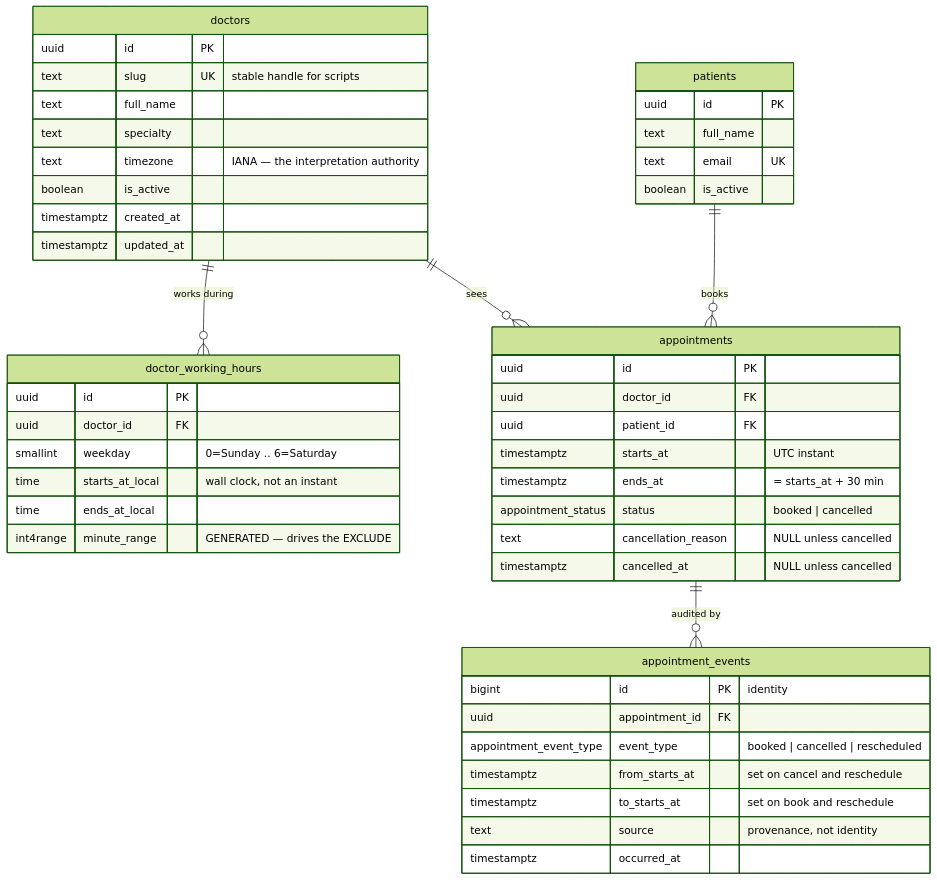
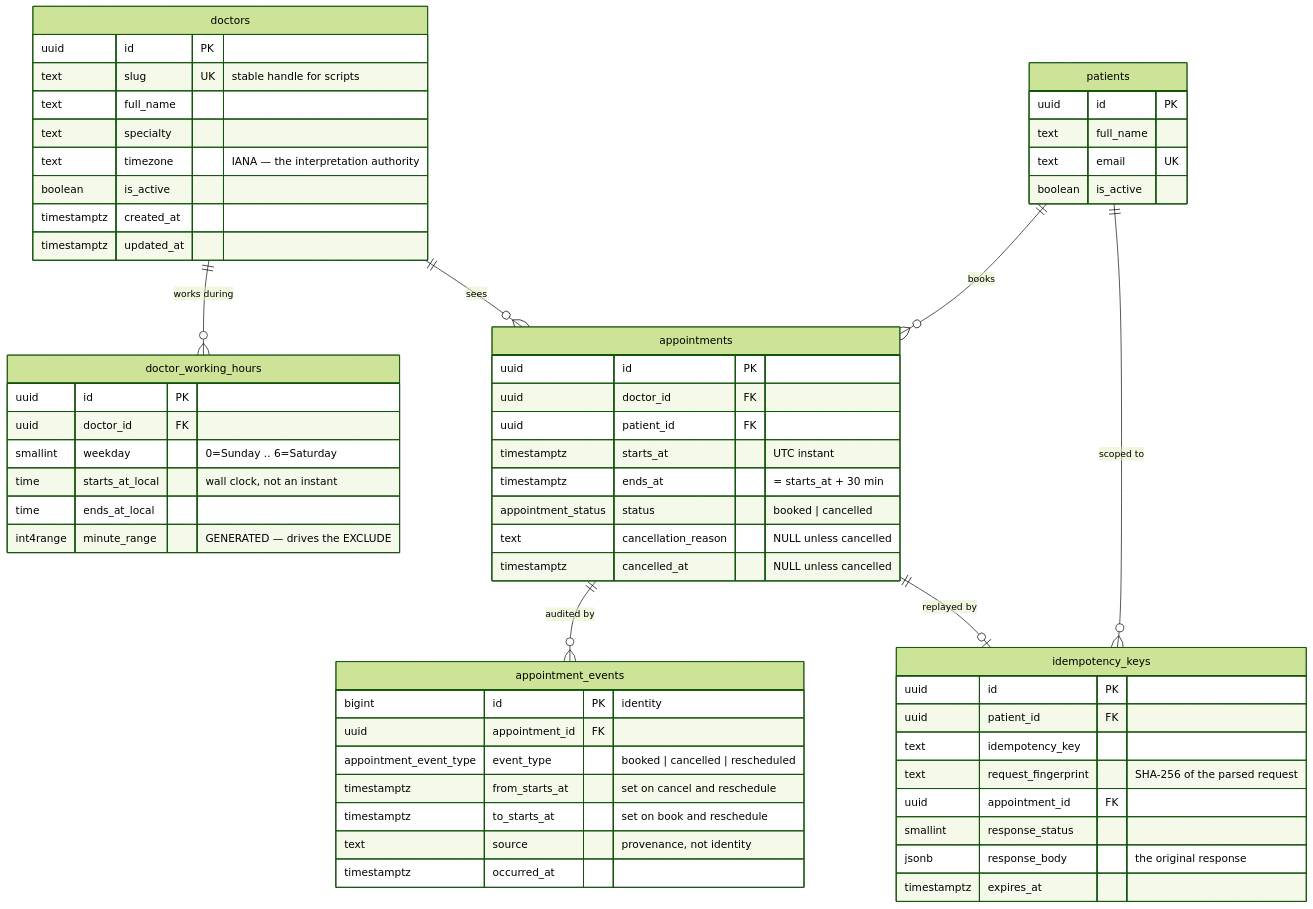
Before and after one commit to JerryLegend254/ratiba: the first of 3 diagrams in docs/data-model.md, drawn with Mermaid (forest theme). The commit also changed other lines of this file and 22 other files, not shown here.

````diff
--- a/docs/data-model.md
+++ b/docs/data-model.md
@@ -15,55 +15,68 @@
 ```mermaid
 erDiagram
     doctors ||--o{ doctor_working_hours : "works during"
     doctors ||--o{ appointments : "sees"
     patients ||--o{ appointments : "books"
     appointments ||--o{ appointment_events : "audited by"
+    patients ||--o{ idempotency_keys : "scoped to"
+    appointments ||--o| idempotency_keys : "replayed by"
 
     doctors {
         uuid id PK
         text slug UK "stable handle for scripts"
         text full_name
         text specialty
         text timezone "IANA — the interpretation authority"
         boolean is_active
         timestamptz created_at
         timestamptz updated_at
     }
 
     doctor_working_hours {
         uuid id PK
         uuid doctor_id FK
         smallint weekday "0=Sunday .. 6=Saturday"
         time starts_at_local "wall clock, not an instant"
         time ends_at_local
         int4range minute_range "GENERATED — drives the EXCLUDE"
     }
 
     patients {
         uuid id PK
         text full_name
         text email UK
         boolean is_active
     }
 
     appointments {
         uuid id PK
         uuid doctor_id FK
         uuid patient_id FK
         timestamptz starts_at "UTC instant"
         timestamptz ends_at "= starts_at + 30 min"
         appointment_status status "booked | cancelled"
         text cancellation_reason "NULL unless cancelled"
         timestamptz cancelled_at "NULL unless cancelled"
     }
 
     appointment_events {
         bigint id PK "identity"
         uuid appointment_id FK
         appointment_event_type event_type "booked | cancelled | rescheduled"
         timestamptz from_starts_at "set on cancel and reschedule"
         timestamptz to_starts_at "set on book and reschedule"
         text source "provenance, not identity"
         timestamptz occurred_at
     }
+
+    idempotency_keys {
+        uuid id PK
+        uuid patient_id FK
+        text idempotency_key
+        text request_fingerprint "SHA-256 of the parsed request"
+        uuid appointment_id FK
+        smallint response_status
+        jsonb response_body "the original response"
+        timestamptz expires_at
+    }
 ```
````
